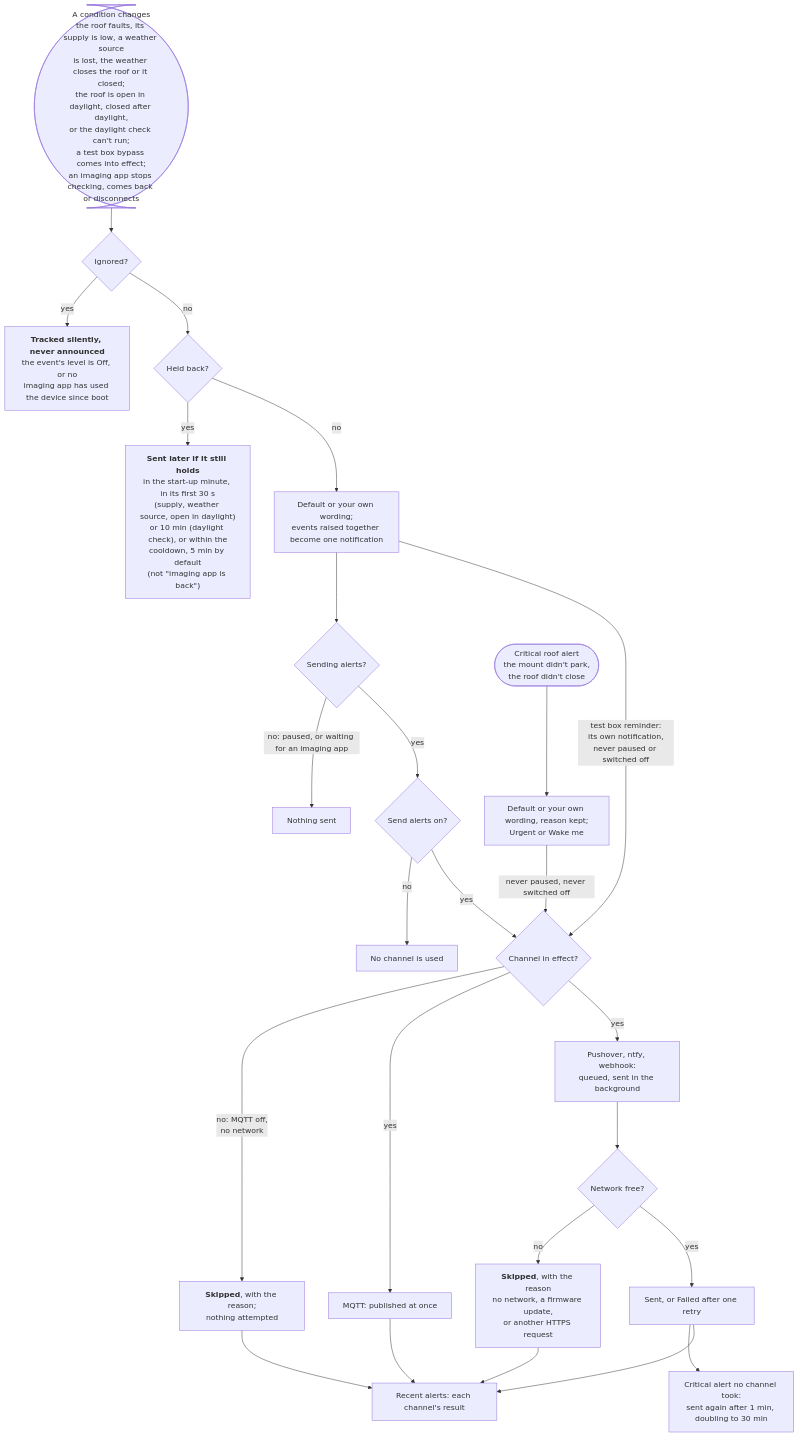
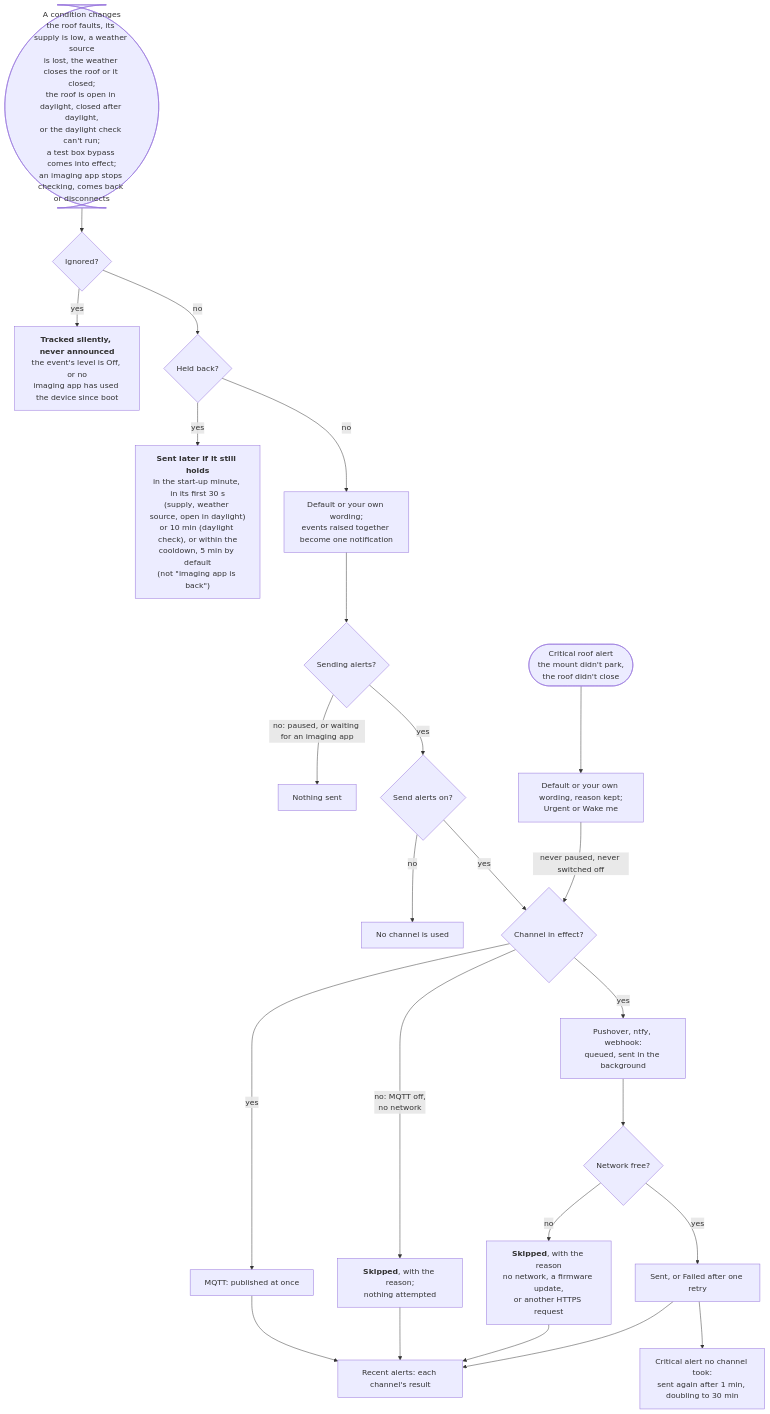
The diagram in docs/user-guide/alerts.md (DeanJ87/RoofRoof), drawn with Mermaid before and after one commit. The commit also changed other lines of this file and 13 other files, not shown here.

Commit message:
fix: test box alert obeys the pause and master switch, not repeated on restart

````diff
--- a/docs/user-guide/alerts.md
+++ b/docs/user-guide/alerts.md
@@ -24,29 +24,28 @@
 ```mermaid
 flowchart TB
     accTitle: Why an alert does or doesn't arrive
-    accDescr: Each second the device compares the roof and the imaging app with what you were last told. A change can be tracked silently, held back for now, or dropped by its level; otherwise it is worded and, if alerts are on and not paused, sent to every enabled channel, with each channel's result recorded. A critical roof alert skips the pause and the master switch, and is sent again until a channel takes it. The test box reminder skips the pause, the send mode and the master switch too, as a notification of its own.
+    accDescr: Each second the device compares the roof and the imaging app with what you were last told. A change can be tracked silently, held back for now, or dropped by its level; otherwise it is worded and, if alerts are on and not paused, sent to every enabled channel, with each channel's result recorded. A critical roof alert skips the pause and the master switch, and is sent again until a channel takes it.
     CHANGE(["A condition changes<br/>the roof faults, its supply is low, a weather source<br/>is lost, the weather closes the roof or it closed;<br/>the roof is open in daylight, closed after daylight,<br/>or the daylight check can't run;<br/>a test box bypass comes into effect;<br/>an imaging app stops checking, comes back or disconnects"]) --> SILENT{"Ignored?"}
     SILENT -->|yes| TRACKED["<b>Tracked silently, never announced</b><br/>the event's level is Off, or no<br/>imaging app has used the device since boot"]
     SILENT -->|no| HELD{"Held back?"}
     HELD -->|yes| LATER["<b>Sent later if it still holds</b><br/>in the start-up minute, in its first 30 s<br/>(supply, weather source, open in daylight)<br/>or 10 min (daylight check), or within the<br/>cooldown, 5 min by default<br/>(not &quot;imaging app is back&quot;)"]
     HELD -->|no| WORDING["Default or your own wording;<br/>events raised together become one notification"]
     WORDING --> ON{"Sending alerts?"}
-    WORDING -->|"test box reminder:<br/>its own notification,<br/>never paused or switched off"| INEFFECT
     ON -->|"no: paused, or waiting for an imaging app"| NOTHING["Nothing sent"]
     ON -->|yes| MASTER{"Send alerts on?"}
     MASTER -->|no| NOPUSH["No channel is used"]
     MASTER -->|yes| INEFFECT{"Channel in effect?"}
     CRITICAL(["Critical roof alert<br/>the mount didn't park,<br/>the roof didn't close"]) --> CWORDING["Default or your own wording, reason kept;<br/>Urgent or Wake me"]
     CWORDING -->|"never paused, never switched off"| INEFFECT
     SENT --> AGAIN["Critical alert no channel took:<br/>sent again after 1 min, doubling to 30 min"]
     INEFFECT -->|"no: MQTT off,<br/>no network"| INACTIVE["<b>Skipped</b>, with the reason;<br/>nothing attempted"]
     INEFFECT -->|yes| MQTT["MQTT: published at once"]
     INEFFECT -->|yes| HTTP["Pushover, ntfy, webhook:<br/>queued, sent in the background"]
     HTTP --> CANSEND{"Network free?"}
     CANSEND -->|no| SKIPPED["<b>Skipped</b>, with the reason<br/>no network, a firmware update,<br/>or another HTTPS request"]
     CANSEND -->|yes| SENT["Sent, or Failed after one retry"]
     MQTT --> RECENT["Recent alerts: each channel's result"]
     INACTIVE --> RECENT
     SKIPPED --> RECENT
     SENT --> RECENT
 ```
````
